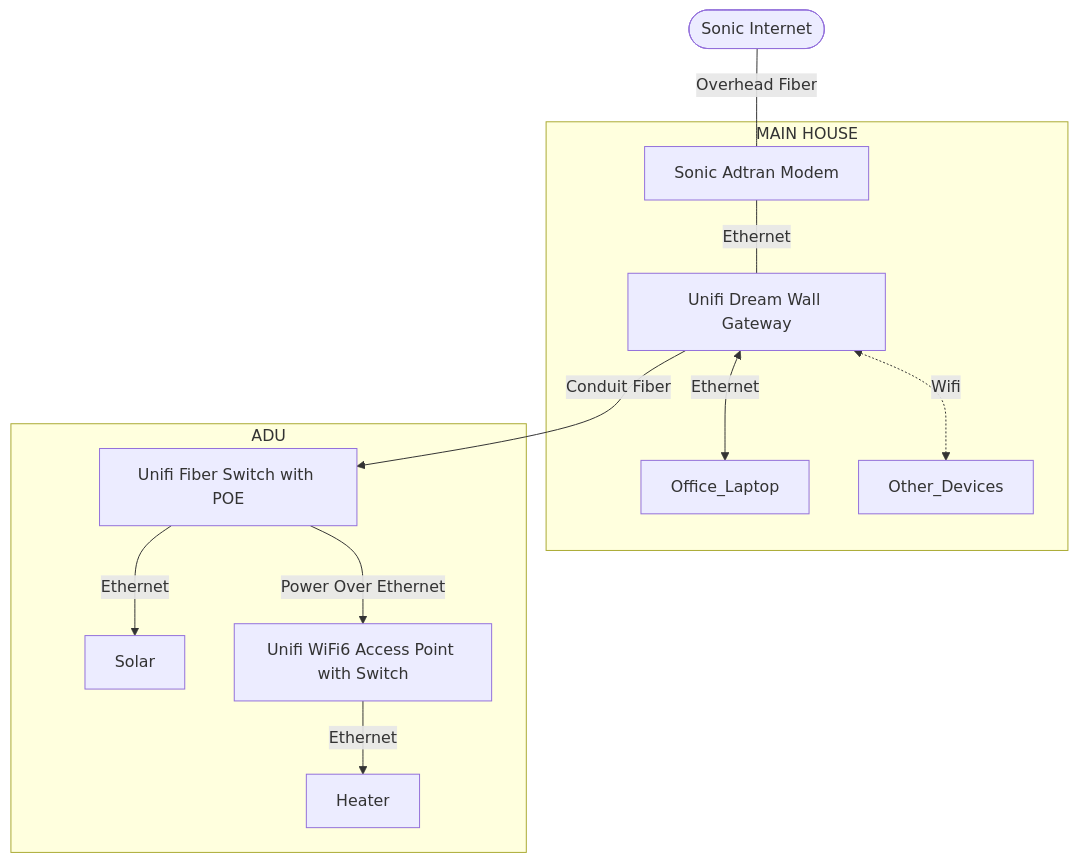
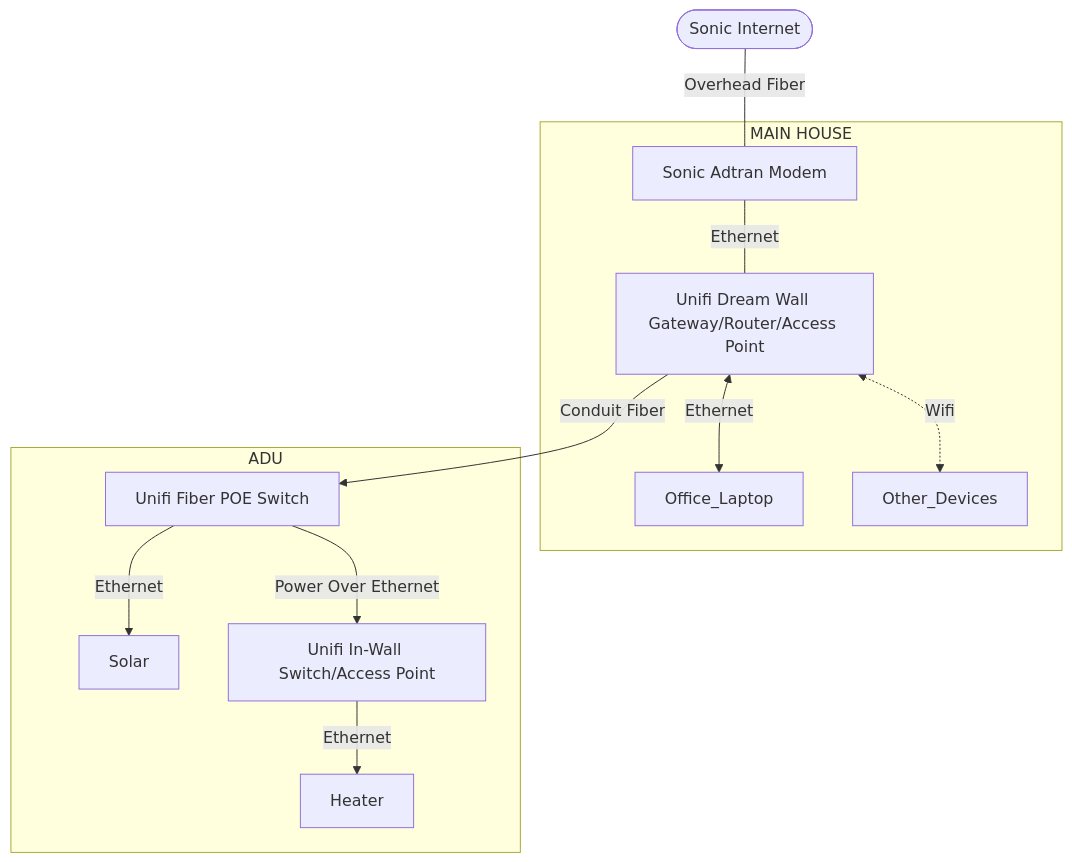
The diagram in Network.md (kylelundstedt/images), drawn with Mermaid before and after one commit.

````diff
--- a/Network.md
+++ b/Network.md
@@ -1,16 +1,16 @@
-```mermaid
+ ```mermaid
 graph TD;
     classDef optional stroke-dasharray: 5 5
     ISP([Sonic Internet]) -- Overhead Fiber --- ONT[Sonic Adtran Modem]
     subgraph MAIN HOUSE
-        ONT -- Ethernet --- UDW[Unifi Dream Wall Gateway]
+        ONT -- Ethernet --- UDW[Unifi Dream Wall Gateway/Router/Access Point]
         UDW <-- Ethernet --> Office_Laptop
         UDW <-. Wifi .-> Other_Devices
     end
     subgraph ADU
-        UDW -- Conduit Fiber --> USW-E8-POE[Unifi Fiber Switch with POE]
+        UDW -- Conduit Fiber --> USW-E8-POE[Unifi Fiber POE Switch]
         USW-E8-POE -- Ethernet --> Solar
-        USW-E8-POE -- Power Over Ethernet --> U6-IW[Unifi WiFi6 Access Point with Switch]
+        USW-E8-POE -- Power Over Ethernet --> U6-IW[Unifi In-Wall Switch/Access Point]
         U6-IW -- Ethernet --> Heater
     end
 ```
````
